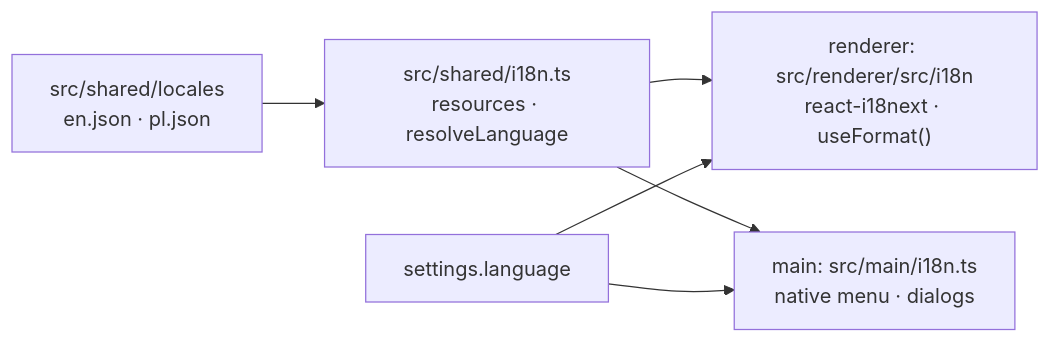
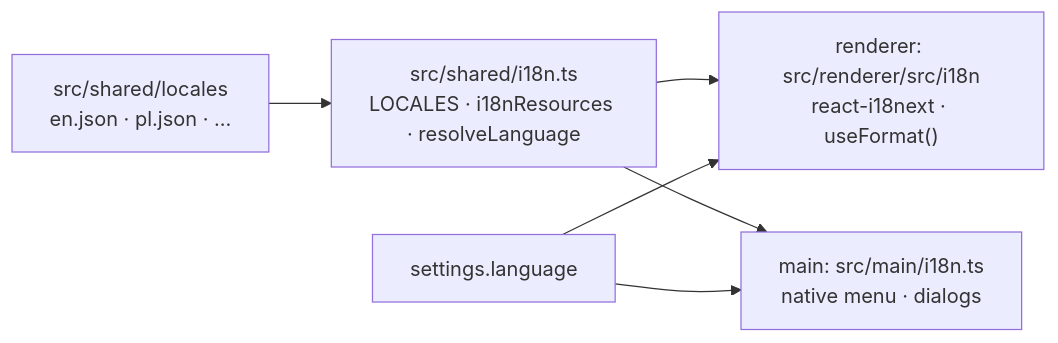
One commit to K-u-r-c/family-insight changed the diagram in docs/developer/i18n.md. Above: the diagram before and after it, drawn with Mermaid. The commit also changed other lines of this file and 76 other files, not shown here.

````diff
--- a/docs/developer/i18n.md
+++ b/docs/developer/i18n.md
@@ -13,8 +13,8 @@
 ```mermaid
 flowchart LR
-  L["src/shared/locales<br/>en.json · pl.json"] --> S["src/shared/i18n.ts<br/>resources · resolveLanguage"]
+  L["src/shared/locales<br/>en.json · pl.json · …"] --> S["src/shared/i18n.ts<br/>LOCALES · i18nResources · resolveLanguage"]
   S --> R["renderer: src/renderer/src/i18n<br/>react-i18next · useFormat()"]
   S --> M["main: src/main/i18n.ts<br/>native menu · dialogs"]
   ST["settings.language"] --> R
   ST --> M
 ```
````
